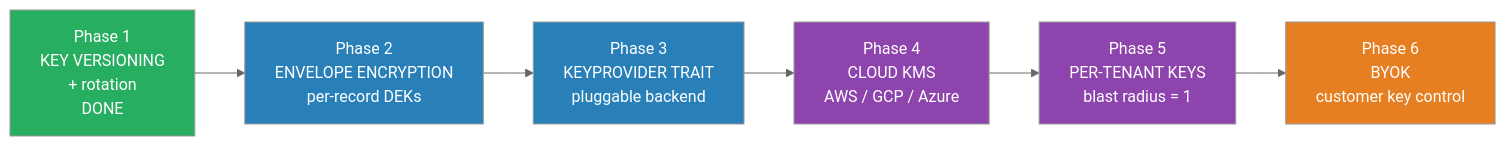
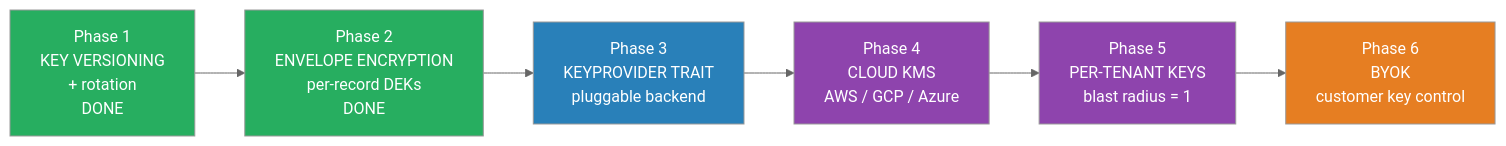
One commit to ChronoAIProject/NyxID changed the fourth of 29 diagrams in docs/ENCRYPTION_ARCHITECTURE.md. Above: the diagram before and after it, drawn with Mermaid (neutral theme). The commit also changed other lines of this file and 8 other files, not shown here.

First line of the commit message:
feat: add envelope encryption with per-record DEKs (Phase 2)

````diff
--- a/docs/ENCRYPTION_ARCHITECTURE.md
+++ b/docs/ENCRYPTION_ARCHITECTURE.md
@@ -133,18 +173,18 @@
 ```mermaid
 graph LR
     P1["Phase 1<br/>KEY VERSIONING<br/>+ rotation<br/>DONE"]
-    P2["Phase 2<br/>ENVELOPE ENCRYPTION<br/>per-record DEKs"]
+    P2["Phase 2<br/>ENVELOPE ENCRYPTION<br/>per-record DEKs<br/>DONE"]
     P3["Phase 3<br/>KEYPROVIDER TRAIT<br/>pluggable backend"]
     P4["Phase 4<br/>CLOUD KMS<br/>AWS / GCP / Azure"]
     P5["Phase 5<br/>PER-TENANT KEYS<br/>blast radius = 1"]
     P6["Phase 6<br/>BYOK<br/>customer key control"]
 
     P1 --> P2 --> P3 --> P4 --> P5 --> P6
 
     style P1 fill:#27ae60,color:#fff
-    style P2 fill:#2980b9,color:#fff
+    style P2 fill:#27ae60,color:#fff
     style P3 fill:#2980b9,color:#fff
     style P4 fill:#8e44ad,color:#fff
     style P5 fill:#8e44ad,color:#fff
     style P6 fill:#e67e22,color:#fff
 ```
````
